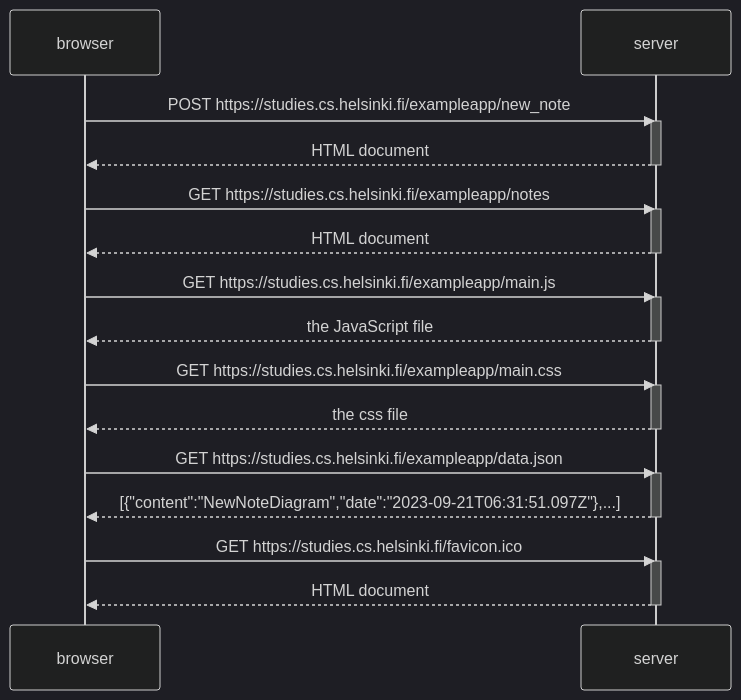
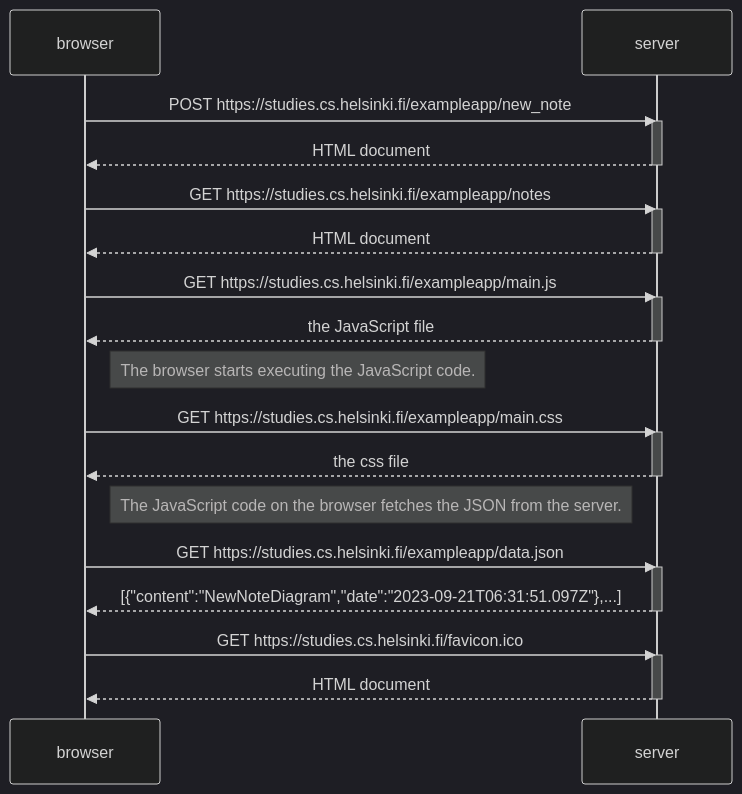
The diagram in Osa0/test.md (tjvalkonen/FullStackOpen), drawn with Mermaid (dark theme) before and after one commit.

````diff
--- a/Osa0/test.md
+++ b/Osa0/test.md
@@ -1,35 +1,39 @@
 ```mermaid
 sequenceDiagram
     participant browser
     participant server
 
     browser->>server: POST https://studies.cs.helsinki.fi/exampleapp/new_note
     activate server
     server-->>browser: HTML document
     deactivate server
 
     browser->>server: GET https://studies.cs.helsinki.fi/exampleapp/notes
     activate server
     server-->>browser: HTML document
     deactivate server
 
     browser->>server: GET https://studies.cs.helsinki.fi/exampleapp/main.js
     activate server
     server-->>browser: the JavaScript file
     deactivate server
 
+Note right of browser: The browser starts executing the JavaScript code.
+
     browser->>server: GET https://studies.cs.helsinki.fi/exampleapp/main.css
     activate server
     server-->>browser: the css file
     deactivate server
+
+Note right of browser: The JavaScript code on the browser fetches the JSON from the server.
 
     browser->>server: GET https://studies.cs.helsinki.fi/exampleapp/data.json
     activate server
     server-->>browser: [{"content":"NewNoteDiagram","date":"2023-09-21T06:31:51.097Z"},...]
     deactivate server
 
     browser->>server: GET https://studies.cs.helsinki.fi/favicon.ico
     activate server
     server-->>browser: HTML document
     deactivate server
 ```
````
